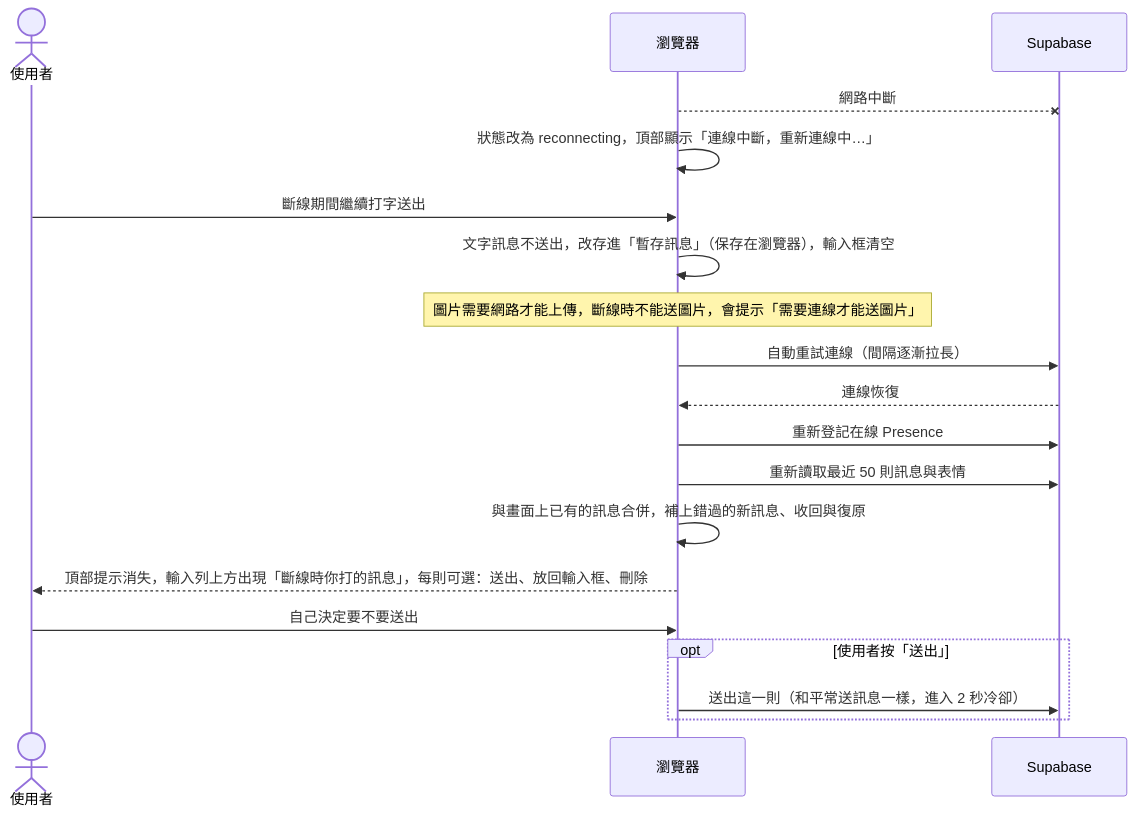
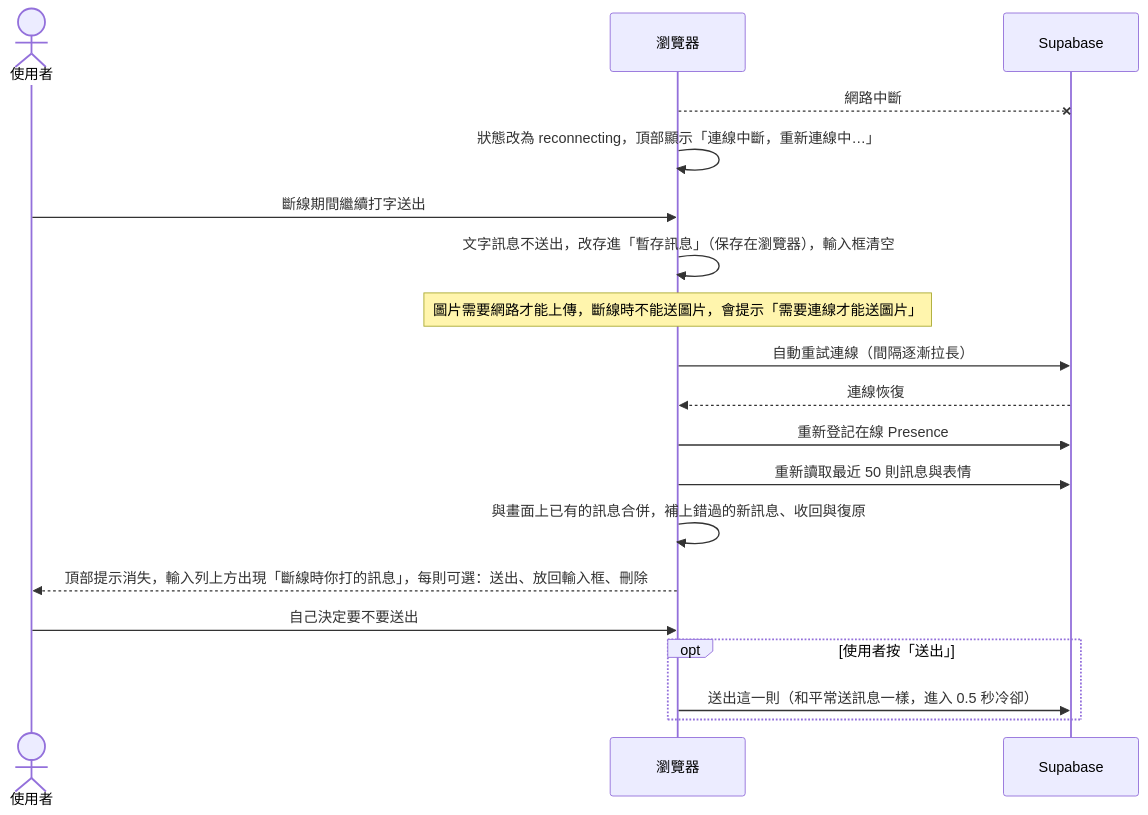
The seventh of 14 diagrams in docs/architecture.md (411332043git/ch3hw), drawn with Mermaid before and after one commit. The commit also changed other lines of this file and 80 other files, not shown here.

````diff
--- a/docs/architecture.md
+++ b/docs/architecture.md
@@ -759,22 +780,22 @@
 ```mermaid
 sequenceDiagram
     actor U as 使用者
     participant B as 瀏覽器
     participant S as Supabase
 
     B--xS: 網路中斷
     B->>B: 狀態改為 reconnecting，頂部顯示「連線中斷，重新連線中…」
     U->>B: 斷線期間繼續打字送出
     B->>B: 文字訊息不送出，改存進「暫存訊息」（保存在瀏覽器），輸入框清空
     Note over B: 圖片需要網路才能上傳，斷線時不能送圖片，會提示「需要連線才能送圖片」
     B->>S: 自動重試連線（間隔逐漸拉長）
     S-->>B: 連線恢復
     B->>S: 重新登記在線 Presence
     B->>S: 重新讀取最近 50 則訊息與表情
     B->>B: 與畫面上已有的訊息合併，補上錯過的新訊息、收回與復原
     B-->>U: 頂部提示消失，輸入列上方出現「斷線時你打的訊息」，每則可選：送出、放回輸入框、刪除
     U->>B: 自己決定要不要送出
     opt 使用者按「送出」
-        B->>S: 送出這一則（和平常送訊息一樣，進入 2 秒冷卻）
+        B->>S: 送出這一則（和平常送訊息一樣，進入 0.5 秒冷卻）
     end
 ```
````
